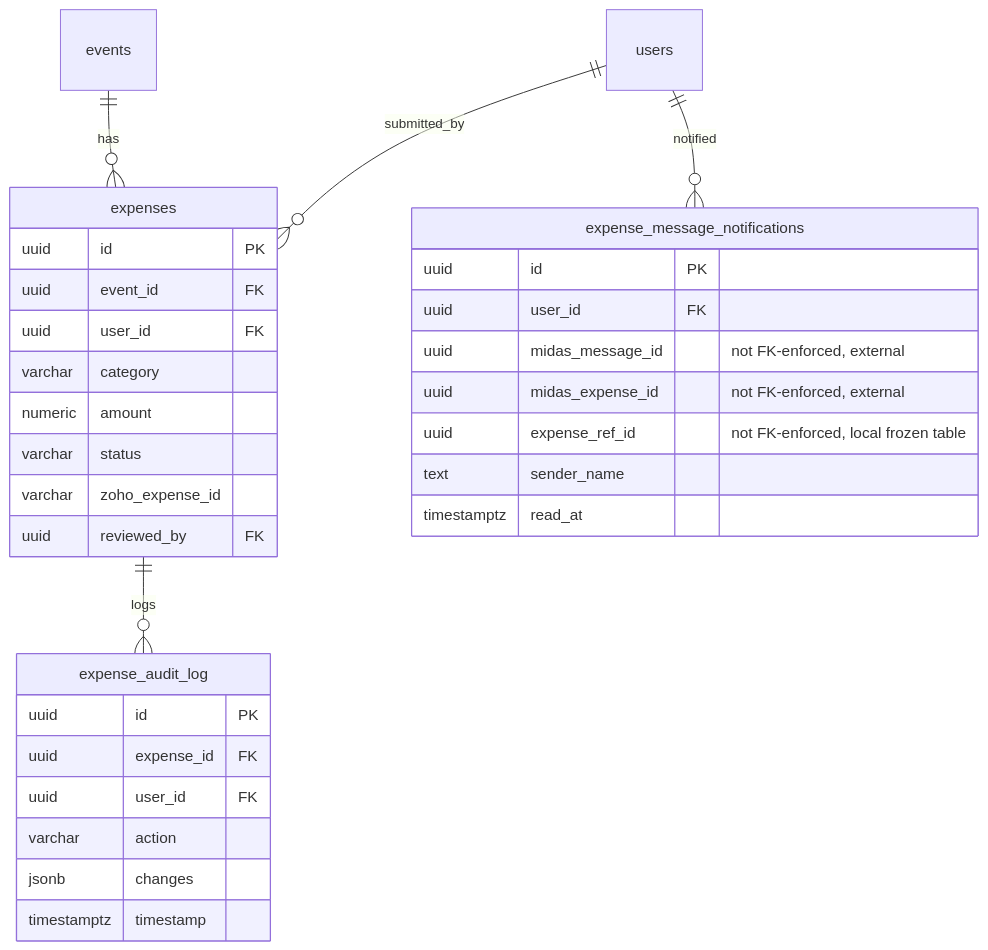
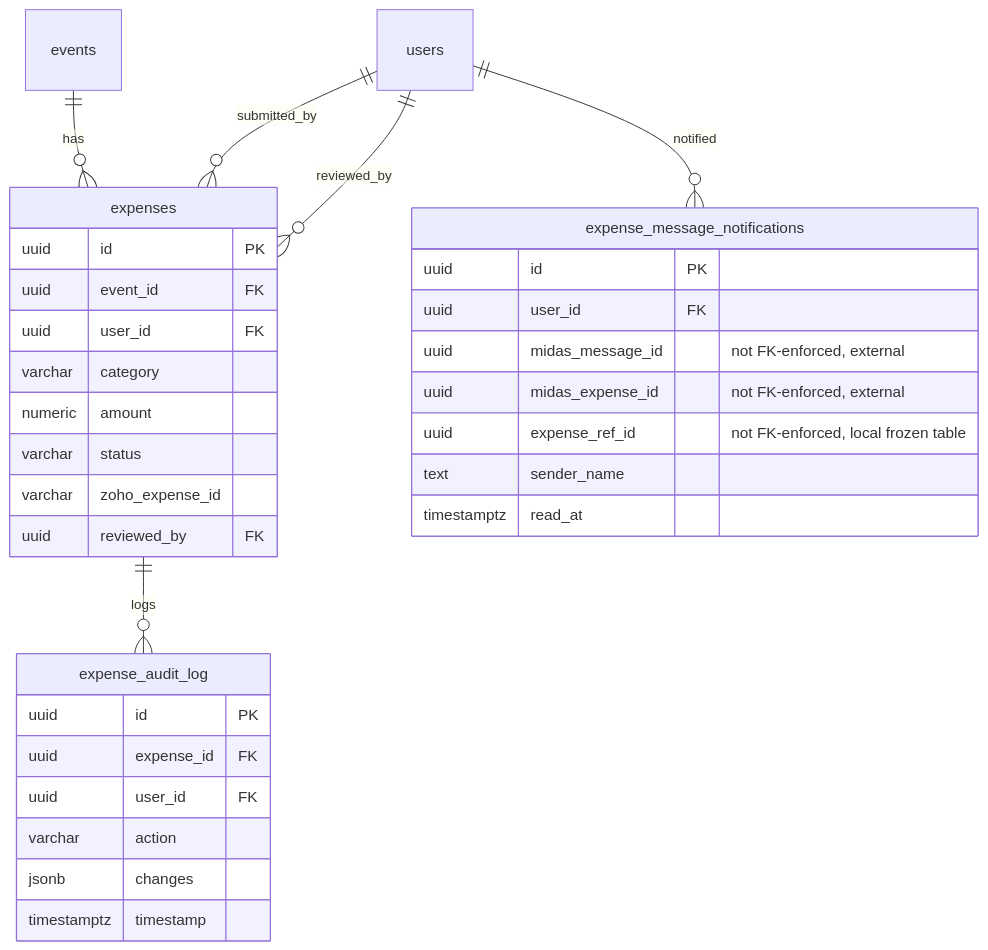
One commit to sahiwal283/expenseApp changed the third of 5 diagrams in docs/DATABASE.md. Above: the diagram before and after it, drawn with Mermaid. The commit also changed other lines of this file and 7 other files, not shown here.

````diff
--- a/docs/DATABASE.md
+++ b/docs/DATABASE.md
@@ -155,34 +155,35 @@
 ```mermaid
 erDiagram
     expenses ||--o{ expense_audit_log : "logs"
     users ||--o{ expense_message_notifications : "notified"
     events ||--o{ expenses : "has"
     users ||--o{ expenses : "submitted_by"
+    users ||--o{ expenses : "reviewed_by"
     expenses {
         uuid id PK
         uuid event_id FK
         uuid user_id FK
         varchar category
         numeric amount
         varchar status
         varchar zoho_expense_id
         uuid reviewed_by FK
     }
     expense_audit_log {
         uuid id PK
         uuid expense_id FK
         uuid user_id FK
         varchar action
         jsonb changes
         timestamptz timestamp
     }
     expense_message_notifications {
         uuid id PK
         uuid user_id FK
         uuid midas_message_id "not FK-enforced, external"
         uuid midas_expense_id "not FK-enforced, external"
         uuid expense_ref_id "not FK-enforced, local frozen table"
         text sender_name
         timestamptz read_at
     }
 ```
````
